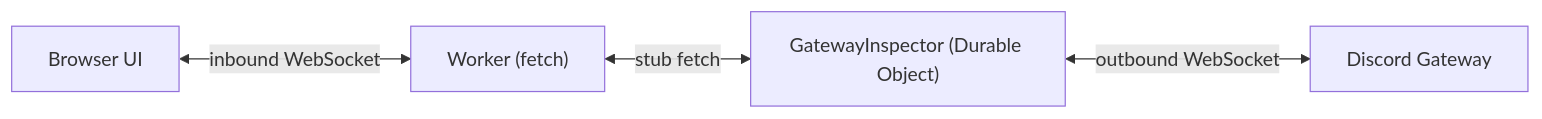
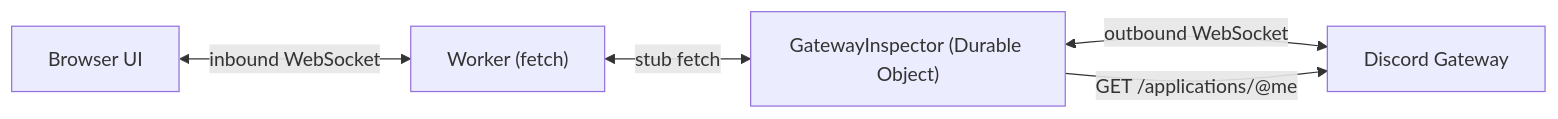
One commit to discordkit/discordkit changed the diagram in examples/with-cloudflare/README.md. Above: the diagram before and after it, drawn with Mermaid. The commit also changed other lines of this file and 6 other files, not shown here.

````diff
--- a/examples/with-cloudflare/README.md
+++ b/examples/with-cloudflare/README.md
@@ -17,11 +26,12 @@
 ```mermaid
 flowchart LR
   Browser["Browser UI"]
   Worker["Worker (fetch)"]
   DO["GatewayInspector (Durable Object)"]
   Discord["Discord Gateway"]
 
   Browser <-->|inbound WebSocket| Worker
   Worker <-->|stub fetch| DO
   DO <-->|outbound WebSocket| Discord
+  DO -->|GET /applications/@me| Discord
 ```
````
